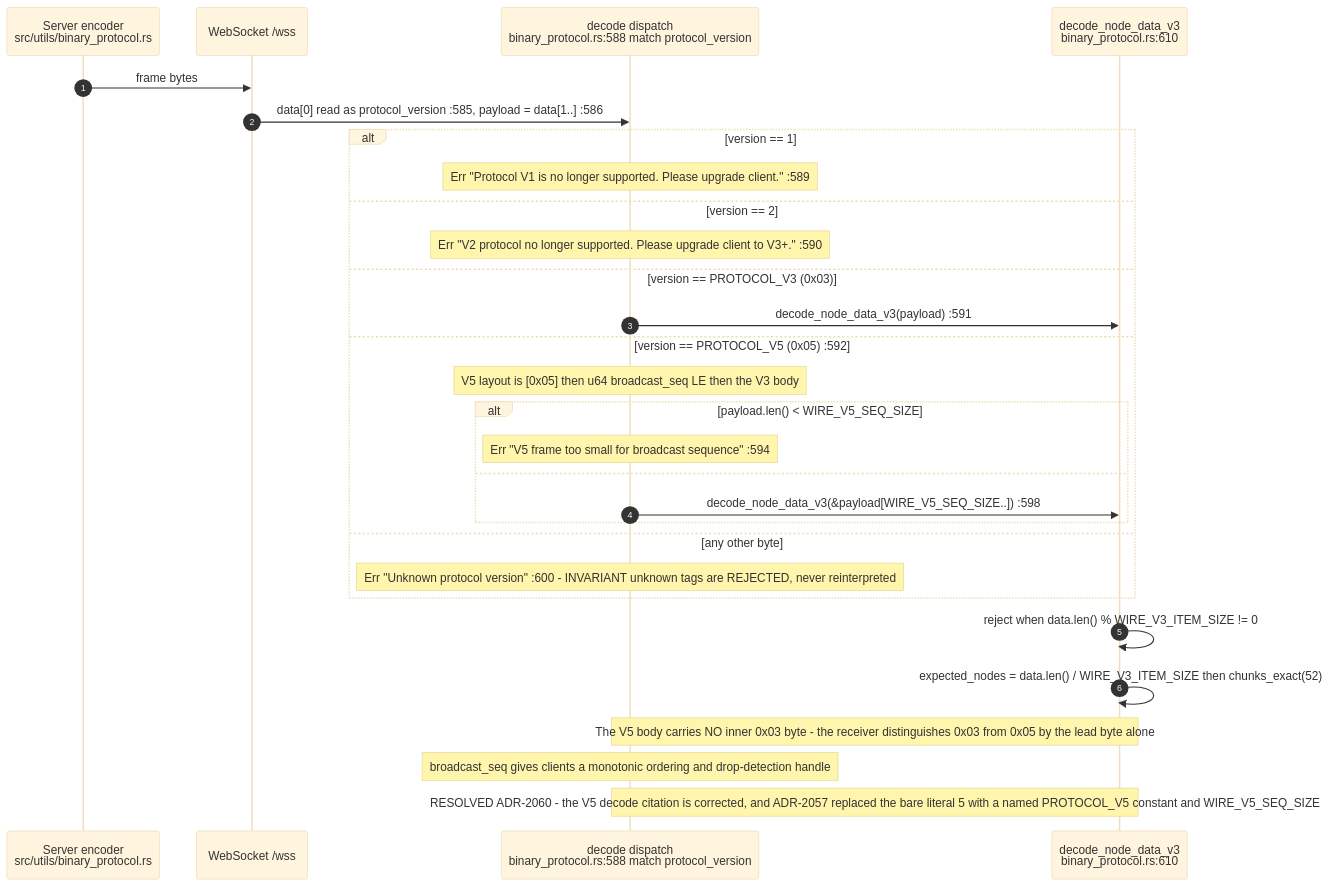
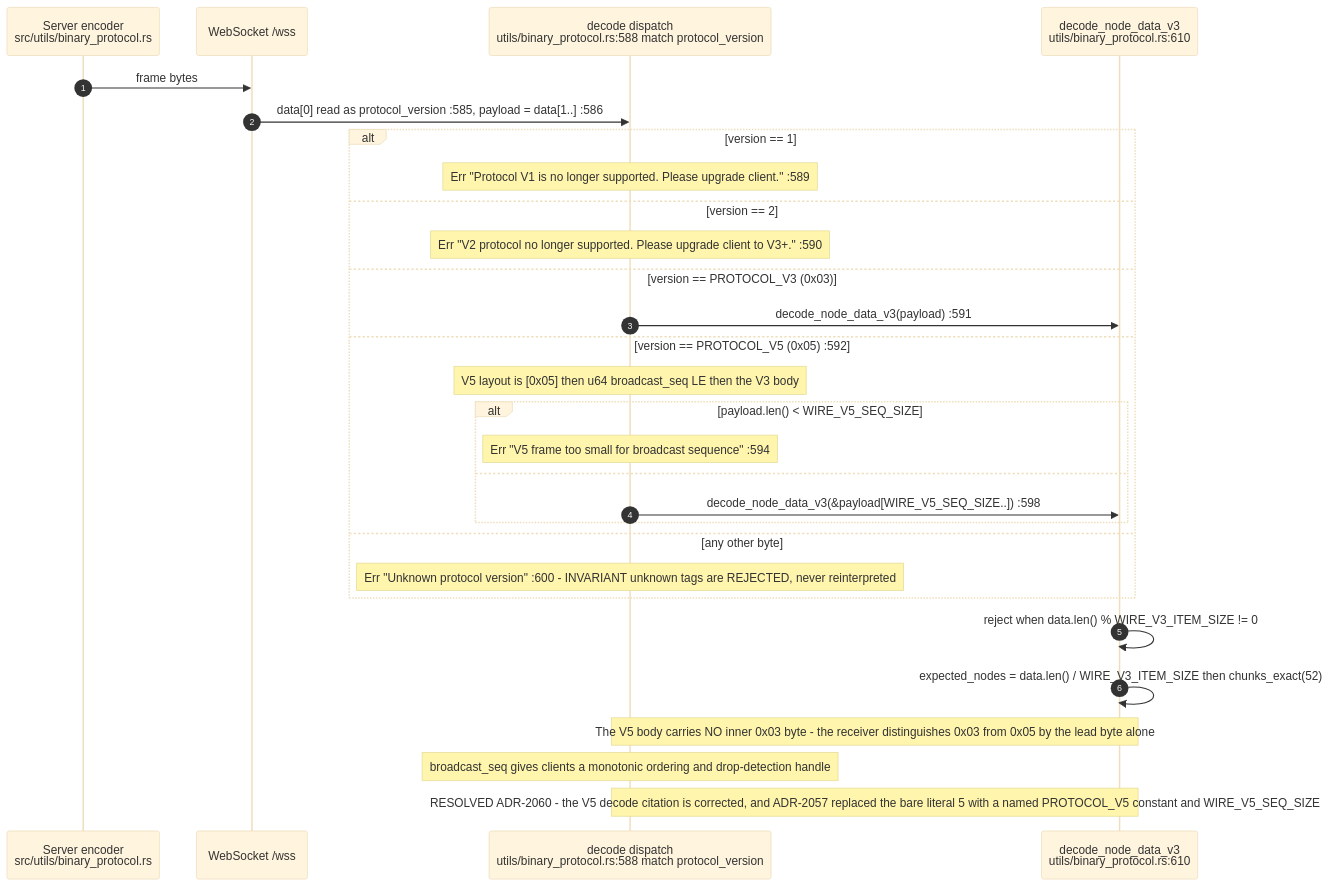
One commit to DreamLab-AI/VisionFlow changed the fourth of 9 diagrams in docs/diagrams/visionclaw/14-wire-frames-and-tag-registry.md. Above: the diagram before and after it, drawn with Mermaid (base theme). The commit also changed other lines of this file and 185 other files, not shown here.

Commit message:
docs(estate): reconcile diagrams and ADRs with source and define closeout sprint

````diff
--- a/docs/diagrams/visionclaw/14-wire-frames-and-tag-registry.md
+++ b/docs/diagrams/visionclaw/14-wire-frames-and-tag-registry.md
@@ -136,32 +137,32 @@
 ```mermaid
 sequenceDiagram
     autonumber
     participant SRV as Server encoder<br/>src/utils/binary_protocol.rs
     participant SOCK as WebSocket /wss
-    participant DEC as decode dispatch<br/>binary_protocol.rs:588 match protocol_version
-    participant V3 as decode_node_data_v3<br/>binary_protocol.rs:610
+    participant DEC as decode dispatch<br/>utils/binary_protocol.rs:588 match protocol_version
+    participant V3 as decode_node_data_v3<br/>utils/binary_protocol.rs:610
 
     SRV->>SOCK: frame bytes
     SOCK->>DEC: data[0] read as protocol_version :585, payload = data[1..] :586
     alt version == 1
         Note over DEC: Err "Protocol V1 is no longer supported. Please upgrade client." :589
     else version == 2
         Note over DEC: Err "V2 protocol no longer supported. Please upgrade client to V3+." :590
     else version == PROTOCOL_V3 (0x03)
         DEC->>V3: decode_node_data_v3(payload) :591
     else version == PROTOCOL_V5 (0x05) :592
         Note over DEC: V5 layout is [0x05] then u64 broadcast_seq LE then the V3 body
         alt payload.len() < WIRE_V5_SEQ_SIZE
             Note over DEC: Err "V5 frame too small for broadcast sequence" :594
         else
             DEC->>V3: decode_node_data_v3(&payload[WIRE_V5_SEQ_SIZE..]) :598
         end
     else any other byte
         Note over DEC: Err "Unknown protocol version" :600 - INVARIANT unknown tags are REJECTED, never reinterpreted
     end
     V3->>V3: reject when data.len() % WIRE_V3_ITEM_SIZE != 0
     V3->>V3: expected_nodes = data.len() / WIRE_V3_ITEM_SIZE then chunks_exact(52)
     Note over DEC,V3: The V5 body carries NO inner 0x03 byte - the receiver distinguishes 0x03 from 0x05 by the lead byte alone
     Note over DEC: broadcast_seq gives clients a monotonic ordering and drop-detection handle
     Note over DEC,V3: RESOLVED ADR-2060 - the V5 decode citation is corrected, and ADR-2057 replaced the bare literal 5 with a named PROTOCOL_V5 constant and WIRE_V5_SEQ_SIZE
 ```
````
